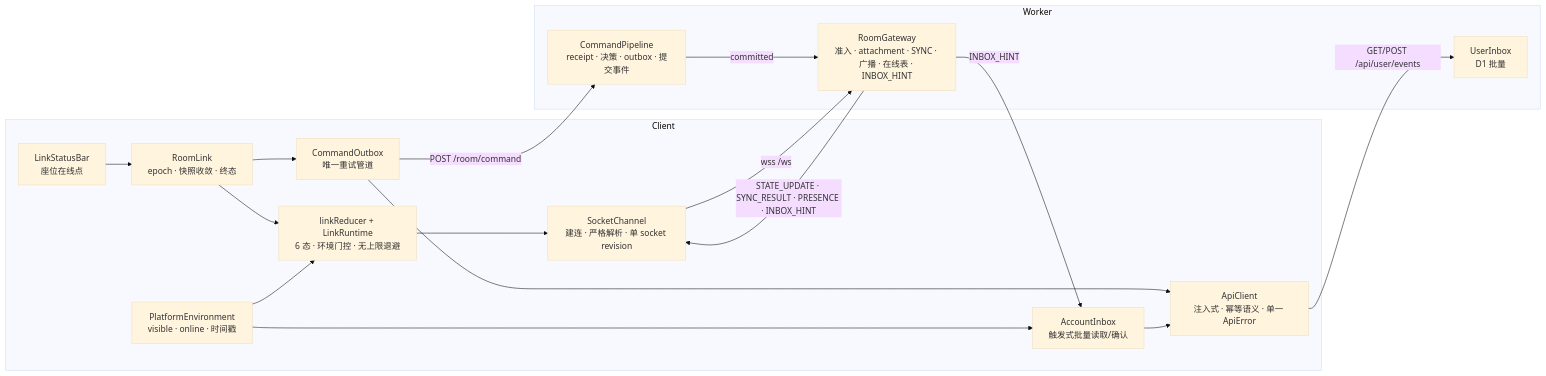
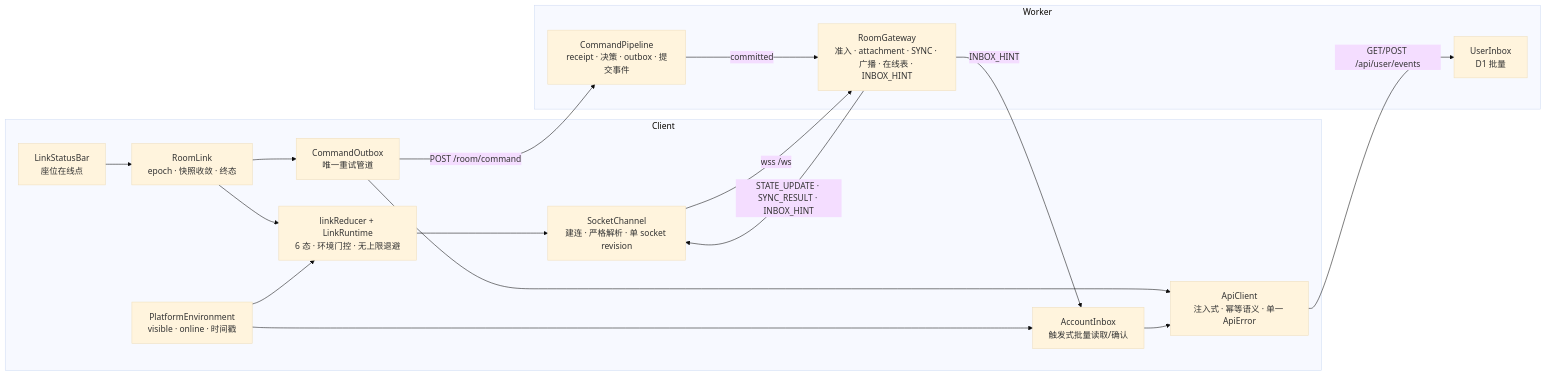
One commit to olveryu/WerewolfGameJudge changed the diagram in docs/realtime-link-redesign.md. Above: the diagram before and after it, drawn with Mermaid (base theme). The commit also changed other lines of this file and 48 other files, not shown here.

````diff
--- a/docs/realtime-link-redesign.md
+++ b/docs/realtime-link-redesign.md
@@ -66,28 +66,28 @@
 ```mermaid
 flowchart LR
   subgraph client[Client]
     UI[LinkStatusBar<br/>座位在线点]
     RL[RoomLink<br/>epoch · 快照收敛 · 终态]
     OB[CommandOutbox<br/>唯一重试管道]
     LR[linkReducer + LinkRuntime<br/>6 态 · 环境门控 · 无上限退避]
     SC[SocketChannel<br/>建连 · 严格解析 · 单 socket revision]
     ENV[PlatformEnvironment<br/>visible · online · 时间戳]
     API[ApiClient<br/>注入式 · 幂等语义 · 单一 ApiError]
     INBOX[AccountInbox<br/>触发式批量读取/确认]
   end
   subgraph worker[Worker]
     GW[RoomGateway<br/>准入 · attachment · SYNC · 广播 · 在线表 · INBOX_HINT]
     CP[CommandPipeline<br/>receipt · 决策 · outbox · 提交事件]
     IB[UserInbox<br/>D1 批量]
   end
   UI --> RL
   RL --> LR --> SC -->|wss /ws| GW
   RL --> OB -->|POST /room/command| CP
   ENV --> LR
   ENV --> INBOX
   OB --> API
   INBOX --> API -->|GET/POST /api/user/events| IB
   CP -->|committed| GW
-  GW -->|STATE_UPDATE · SYNC_RESULT · PRESENCE · INBOX_HINT| SC
+  GW -->|STATE_UPDATE · SYNC_RESULT · INBOX_HINT| SC
   GW -->|INBOX_HINT| INBOX
 ```
````
